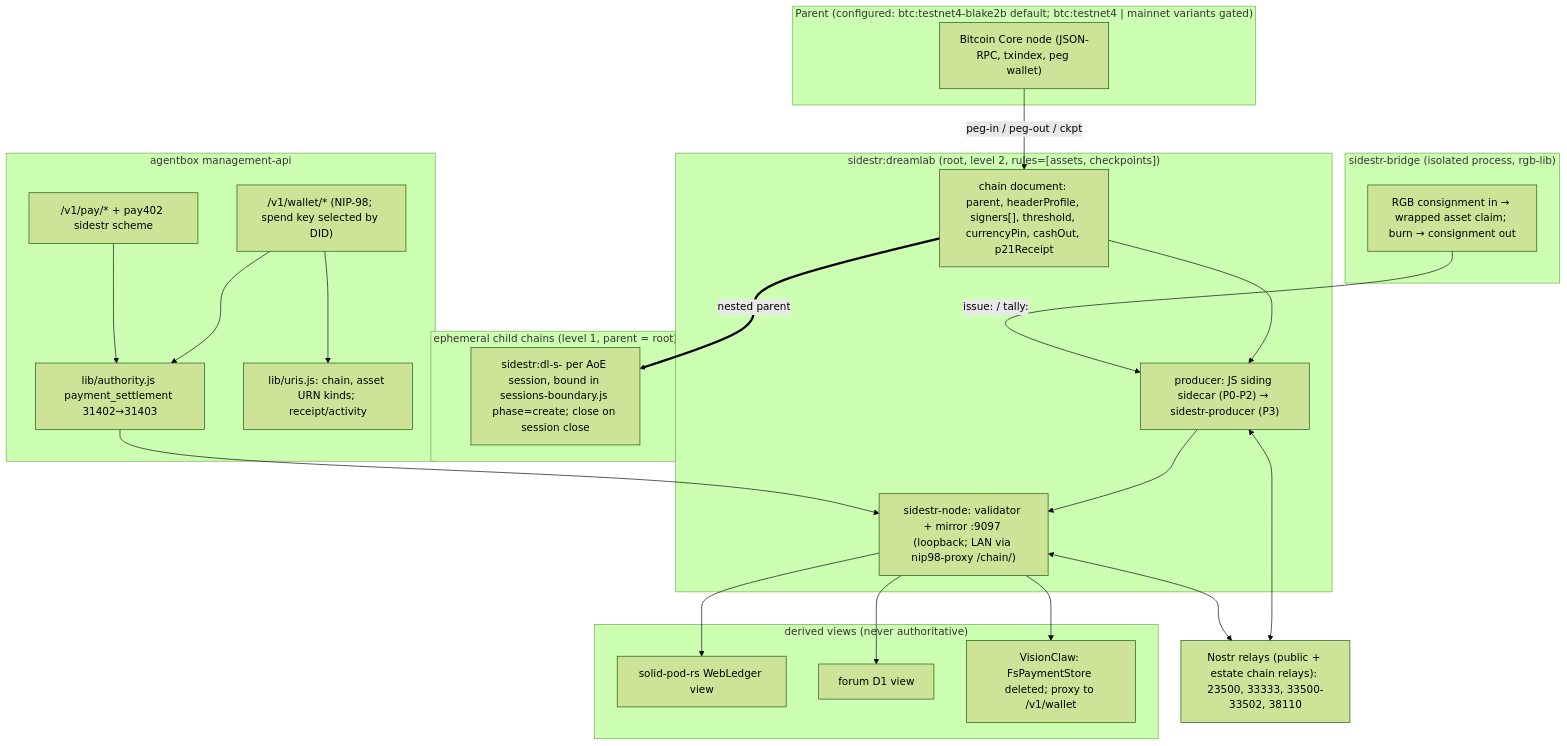
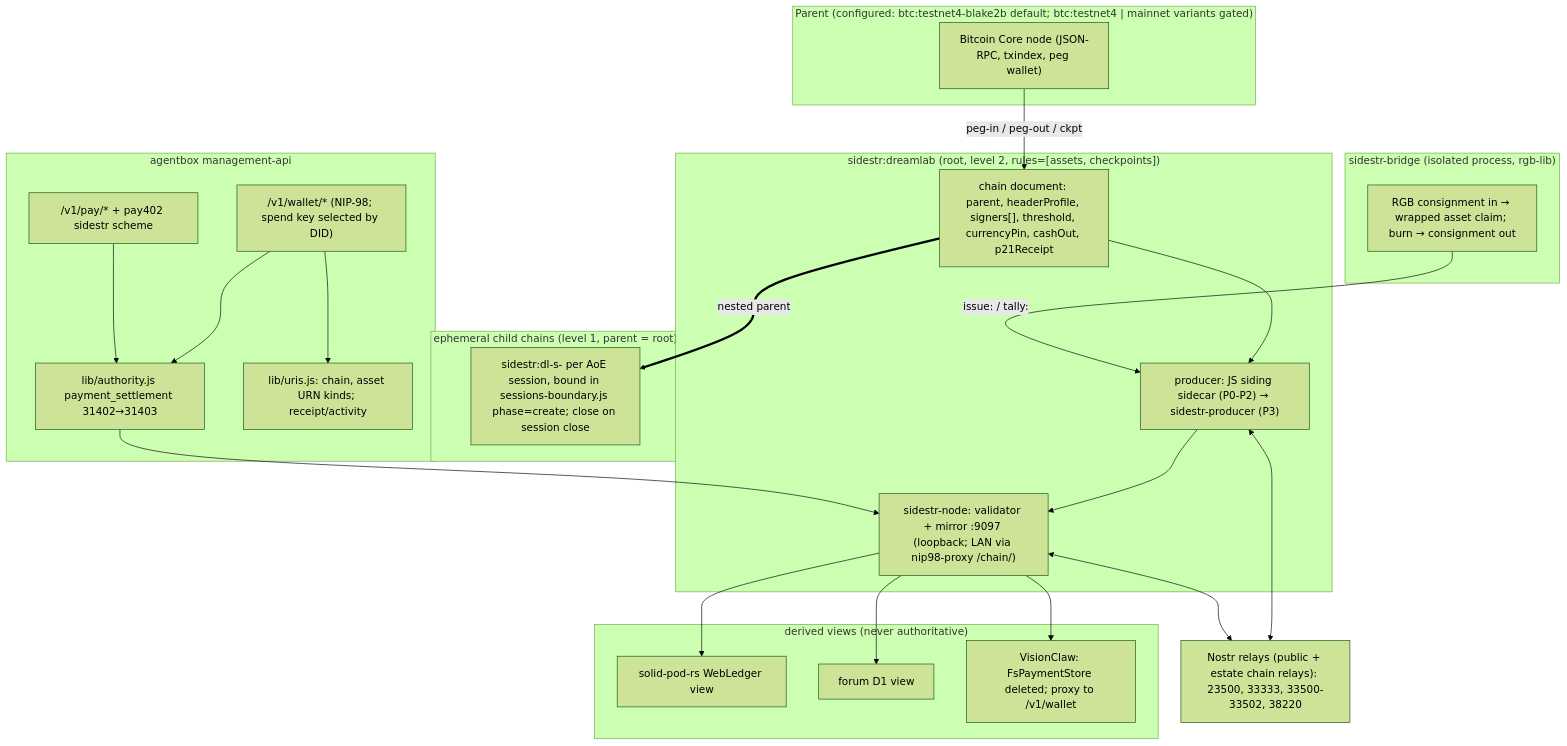
The diagram in docs/proposals/sovereign-settlement.md (DreamLab-AI/agentbox), drawn with Mermaid (forest theme) before and after one commit. The commit also changed other lines of this file, not shown here.

````diff
--- a/docs/proposals/sovereign-settlement.md
+++ b/docs/proposals/sovereign-settlement.md
@@ -128,39 +128,39 @@
 ```mermaid
 flowchart TB
   subgraph parent["Parent (configured: btc:testnet4-blake2b default; btc:testnet4 | mainnet variants gated)"]
     BTC["Bitcoin Core node (JSON-RPC, txindex, peg wallet)"]
   end
   subgraph root["sidestr:dreamlab (root, level 2, rules=[assets, checkpoints])"]
     RC["chain document: parent, headerProfile, signers[], threshold, currencyPin, cashOut, p21Receipt"]
     PROD["producer: JS siding sidecar (P0-P2) → sidestr-producer (P3)"]
     NODE["sidestr-node: validator + mirror :9097 (loopback; LAN via nip98-proxy /chain/)"]
   end
   subgraph children["ephemeral child chains (level 1, parent = root)"]
     C1["sidestr:dl-s-<sha12> per AoE session, bound in sessions-boundary.js phase=create; close on session close"]
   end
   subgraph bridge["sidestr-bridge (isolated process, rgb-lib)"]
     BR["RGB consignment in → wrapped asset claim; burn → consignment out"]
   end
   subgraph agentbox["agentbox management-api"]
     W["/v1/wallet/* (NIP-98; spend key selected by DID)"]
     P["/v1/pay/* + pay402 sidestr scheme"]
     G["lib/authority.js payment_settlement 31402→31403"]
     U["lib/uris.js: chain, asset URN kinds; receipt/activity"]
   end
   subgraph views["derived views (never authoritative)"]
     SP["solid-pod-rs WebLedger view"]
     FO["forum D1 view"]
     VC["VisionClaw: FsPaymentStore deleted; proxy to /v1/wallet"]
   end
-  RELAY["Nostr relays (public + estate chain relays): 23500, 33333, 33500-33502, 38110"]
+  RELAY["Nostr relays (public + estate chain relays): 23500, 33333, 33500-33502, 38220"]
   BTC -->|peg-in / peg-out / ckpt| RC
   RC --> PROD --> NODE
   RC ==nested parent==> C1
   BR -->|issue: / tally:| PROD
   W --> G --> NODE
   P --> G
   NODE --> SP & FO & VC
   PROD <--> RELAY
   NODE <--> RELAY
   W --> U
 ```
````
